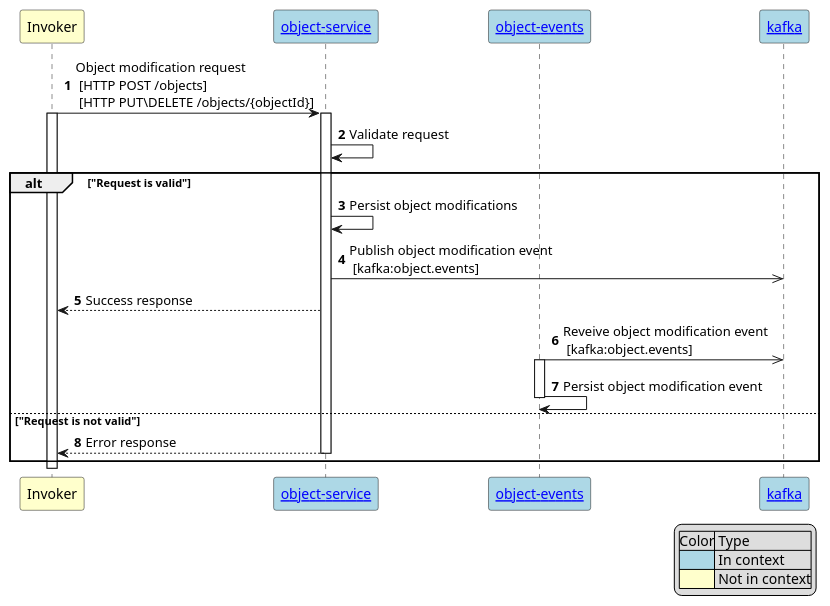
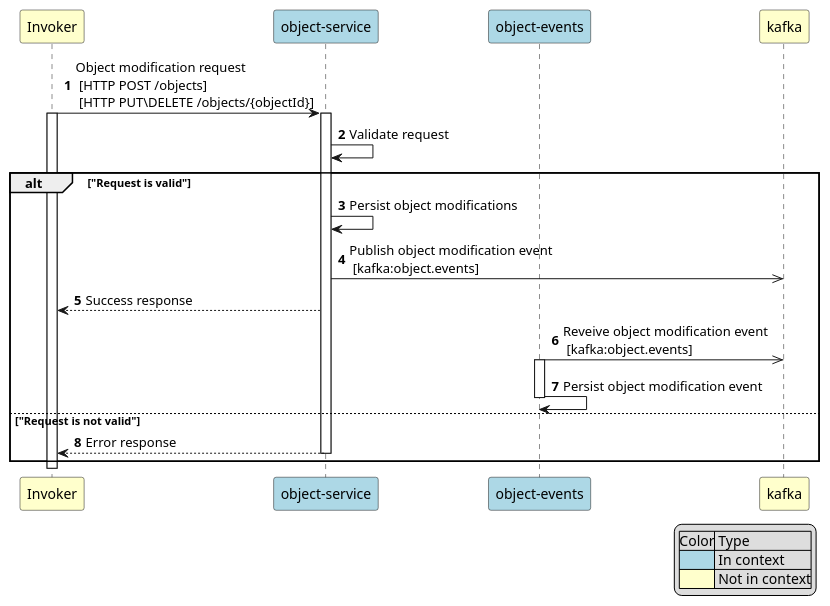
One commit to ivanztz/sandbox changed the diagram in docs/flows/object-modify.puml. Above: the diagram before and after it, drawn with PlantUML. The commit also changed 69 other files, not shown here.

```diff
--- a/docs/flows/object-modify.puml
+++ b/docs/flows/object-modify.puml
@@ -1,36 +1,36 @@
 @startuml
 autonumber
 
 participant "Invoker" as invoker #Business
-participant "[[/architect/components/business.objects.service object-service]]" as objectService #LightBlue
-participant "[[/architect/components/business.objects.service object-events]]" as objectEvents #LightBlue
-participant "[[/architect/components/inf.messaging.kafka kafka]]" as kafka #LightBlue
+participant "object-service" as objectService #LightBlue
+participant "object-events" as objectEvents #LightBlue
+participant "kafka" as kafka #Business
 
 invoker -> objectService: Object modification request \n [HTTP POST /objects] \n [HTTP PUT\DELETE /objects/{objectId}]
 activate invoker
 activate objectService
 objectService -> objectService: Validate request
 
 alt "Request is valid"
     objectService -> objectService: Persist object modifications
     objectService ->> kafka: Publish object modification event\n [kafka:object.events]
     objectService --> invoker: Success response
     objectEvents ->> kafka: Reveive object modification event\n [kafka:object.events]
     activate objectEvents
     objectEvents -> objectEvents: Persist object modification event
     deactivate objectEvents
 else "Request is not valid"
     objectService --> invoker: Error response
     deactivate objectService
 end
 deactivate objectService
 deactivate invoker
 
 legend right
     |Color| Type |
     |<#LightBlue>| In context|
     |<#Business>| Not in context|
 endlegend
 
 
 @enduml
```
